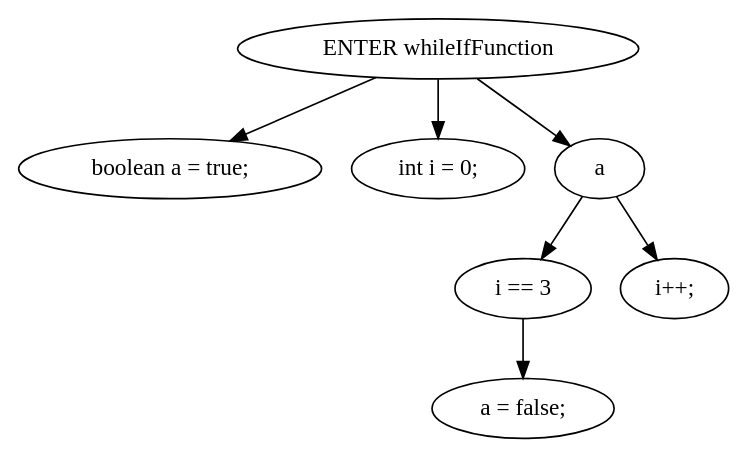
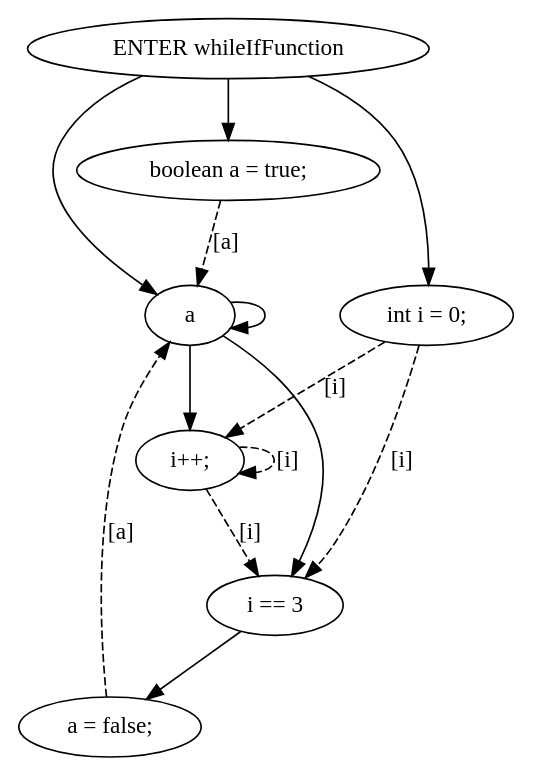
The diagram in staticSlicer/data/testcases/output/while/WhileIf/pdg/dot/whileIfFunction().dot (Surprise-Jing/Java-oriented-analysis-and-understanding-tools), drawn with Graphviz before and after one commit. The commit also changed 92 other files, not shown here.

Commit message:
修改依赖图的生成逻辑

```diff
--- a/staticSlicer/data/testcases/output/while/WhileIf/pdg/dot/whileIfFunction().dot
+++ b/staticSlicer/data/testcases/output/while/WhileIf/pdg/dot/whileIfFunction().dot
@@ -1,15 +1,22 @@
 digraph G {
   0 [ label="ENTER whileIfFunction" ];
   2 [ label="boolean a = true;" ];
   3 [ label="int i = 0;" ];
   4 [ label="a" ];
   5 [ label="i == 3" ];
   6 [ label="a = false;" ];
   7 [ label="i++;" ];
+  2 -> 4 [ style="dashed" label="[a]" ];
+  6 -> 4 [ style="dashed" label="[a]" ];
+  3 -> 5 [ style="dashed" label="[i]" ];
+  7 -> 5 [ style="dashed" label="[i]" ];
+  3 -> 7 [ style="dashed" label="[i]" ];
+  7 -> 7 [ style="dashed" label="[i]" ];
   0 -> 2 [ ];
   0 -> 3 [ ];
   0 -> 4 [ ];
   4 -> 5 [ ];
   4 -> 7 [ ];
+  4 -> 4 [ ];
   5 -> 6 [ ];
 }
```
